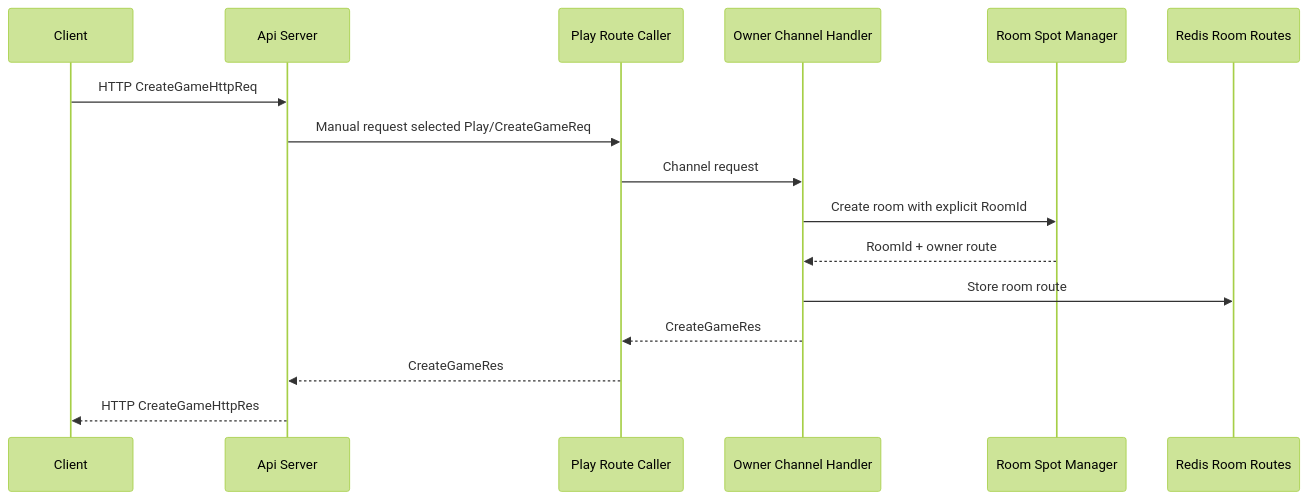
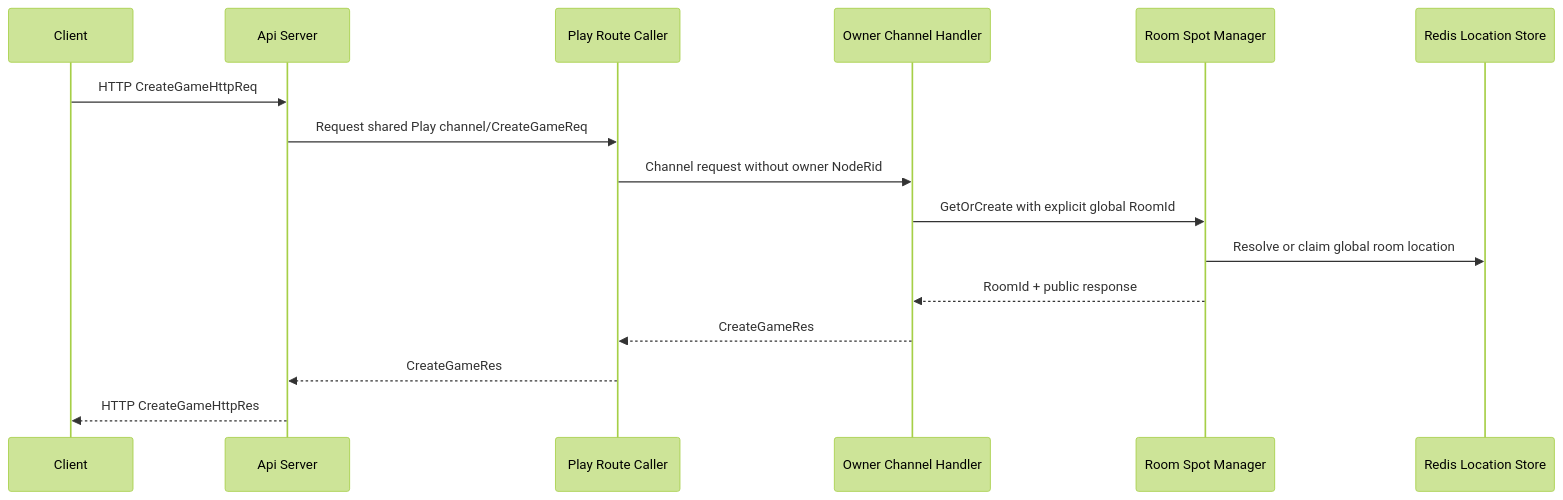
Before and after one commit to kairos-code-dev/zlink: the second of 6 diagrams in framework/doc/framework/common/sample/tictactoe/README.ko.md, drawn with Mermaid (forest theme). The commit also changed other lines of this file and 725 other files, not shown here.

````diff
--- a/framework/doc/framework/common/sample/tictactoe/README.ko.md
+++ b/framework/doc/framework/common/sample/tictactoe/README.ko.md
@@ -745,19 +735,19 @@
 ```mermaid
 sequenceDiagram
     participant C as Client
     participant API as Api Server
     participant PLAYC as Play Route Caller
     participant PLAYS as Owner Channel Handler
     participant ROOMS as Room Spot Manager
-    participant REDIS as Redis Room Routes
+    participant REDIS as Redis Location Store
 
     C->>API: HTTP CreateGameHttpReq
-    API->>PLAYC: Manual request selected Play/CreateGameReq
-    PLAYC->>PLAYS: Channel request
-    PLAYS->>ROOMS: Create room with explicit RoomId
-    ROOMS-->>PLAYS: RoomId + owner route
-    PLAYS->>REDIS: Store room route
+    API->>PLAYC: Request shared Play channel/CreateGameReq
+    PLAYC->>PLAYS: Channel request without owner NodeRid
+    PLAYS->>ROOMS: GetOrCreate with explicit global RoomId
+    ROOMS->>REDIS: Resolve or claim global room location
+    ROOMS-->>PLAYS: RoomId + public response
     PLAYS-->>PLAYC: CreateGameRes
     PLAYC-->>API: CreateGameRes
     API-->>C: HTTP CreateGameHttpRes
 ```
````
